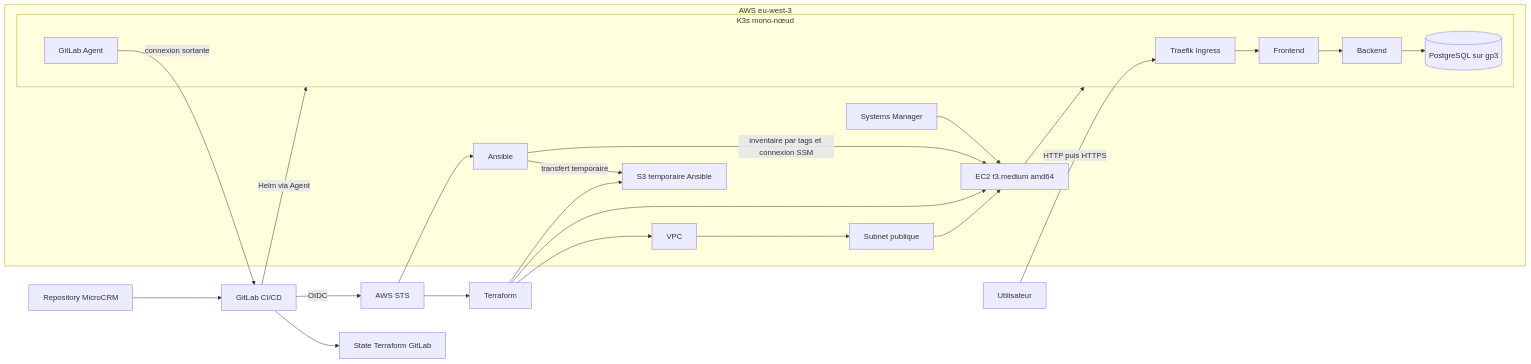
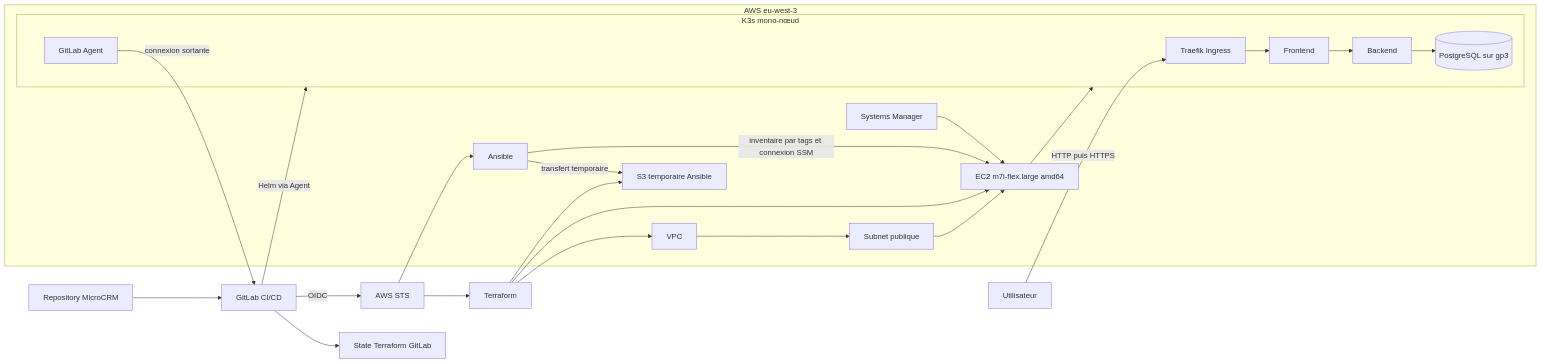
Before and after one commit to jrdora31/p6-devops-strategy: the diagram in documentation/diagrammes/architecture_aws.md, drawn with Mermaid. The commit also changed other lines of this file and 4 other files, not shown here.

````diff
--- a/documentation/diagrammes/architecture_aws.md
+++ b/documentation/diagrammes/architecture_aws.md
@@ -5,37 +7,37 @@
 ```mermaid
 flowchart LR
     DEV[Repository MicroCRM] --> CI[GitLab CI/CD]
     CI --> STATE[State Terraform GitLab]
     CI -->|OIDC| STS[AWS STS]
     STS --> TF[Terraform]
     STS --> ANS[Ansible]
 
     subgraph AWS[AWS eu-west-3]
         VPC[VPC]
         SUBNET[Subnet publique]
-        EC2[EC2 t3.medium amd64]
+        EC2[EC2 m7i-flex.large amd64]
         S3[S3 temporaire Ansible]
         SSM[Systems Manager]
 
         subgraph K3S[K3s mono-nœud]
             TRAEFIK[Traefik Ingress]
             AGENT[GitLab Agent]
             FRONT[Frontend]
             BACK[Backend]
             DB[(PostgreSQL sur gp3)]
         end
 
         VPC --> SUBNET --> EC2 --> K3S
         SSM --> EC2
         ANS -->|transfert temporaire| S3
         TRAEFIK --> FRONT --> BACK --> DB
     end
 
     TF --> VPC
     TF --> EC2
     TF --> S3
     ANS -->|inventaire par tags et connexion SSM| EC2
     AGENT -->|connexion sortante| CI
     CI -->|Helm via Agent| K3S
     USER[Utilisateur] -->|HTTP puis HTTPS| TRAEFIK
 ```
````
